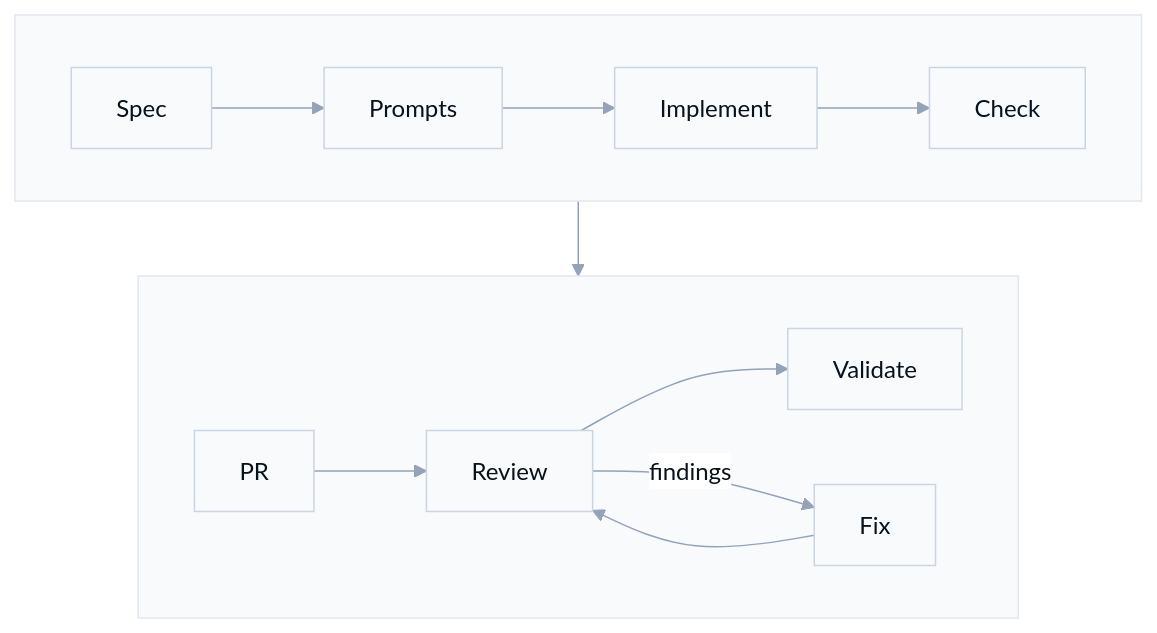
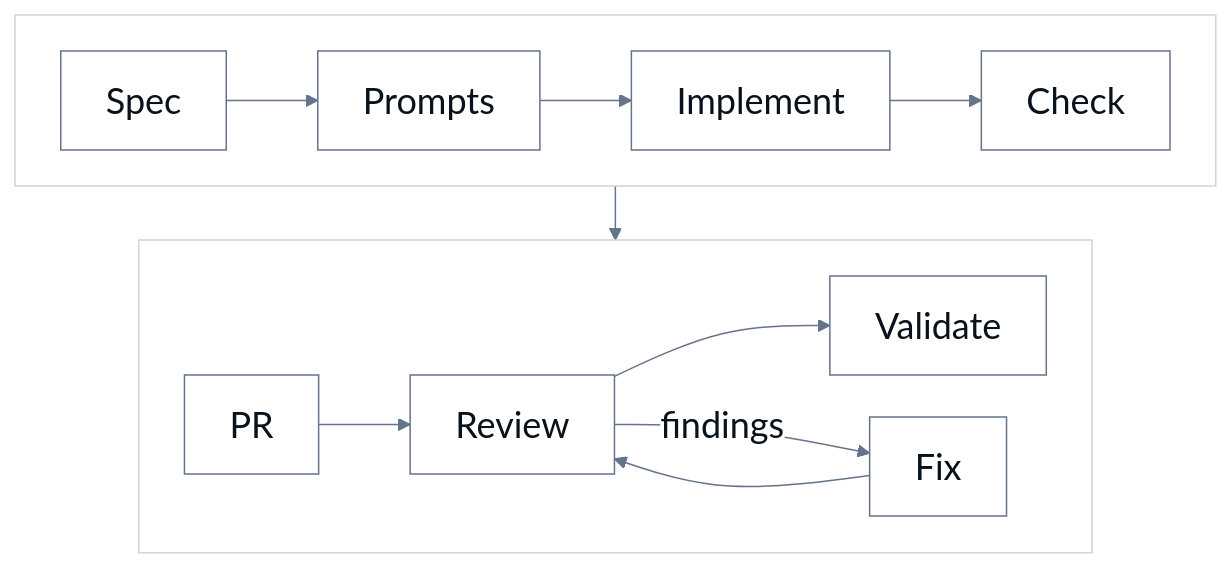
Before and after one commit to gmartins-dev/portfolio-v4: the diagram in scripts/diagrams/sdd-agentic-flow-teaser.mmd, drawn with Mermaid. The commit also changed 8 other files, not shown here.

First line of the commit message:
fix(work): make the diagram teasers legible on the dark page

```diff
--- a/scripts/diagrams/sdd-agentic-flow-teaser.mmd
+++ b/scripts/diagrams/sdd-agentic-flow-teaser.mmd
@@ -1,23 +1,26 @@
-%%{init: {'theme': 'base', 'themeVariables': {
+%%{init: {'theme': 'base', 'flowchart': {'nodeSpacing': 28, 'rankSpacing': 36}, 'themeVariables': {
+  'fontSize': '24px',
   'primaryColor': '#e8f5fa', 'primaryTextColor': '#08121c',
-  'primaryBorderColor': '#0b6e8f', 'lineColor': '#94a3b8',
+  'primaryBorderColor': '#0b6e8f', 'lineColor': '#64748b',
   'secondaryColor': '#ecfdf5', 'tertiaryColor': '#f1f5f9',
-  'background': '#ffffff', 'mainBkg': '#f8fafc',
-  'nodeBorder': '#cbd5e1', 'clusterBkg': '#f8fafc',
-  'clusterBorder': '#e2e8f0', 'titleColor': '#08121c',
-  'edgeLabelBackground': '#ffffff', 'textColor': '#3f566b'
+  'background': '#ffffff', 'mainBkg': '#ffffff',
+  'nodeBorder': '#64748b', 'clusterBkg': '#ffffff',
+  'clusterBorder': '#cbd5e1', 'titleColor': '#08121c',
+  'edgeLabelBackground': '#ffffff', 'textColor': '#08121c'
 }}}%%
+%% Teasers show at ~480 css px after inversion on the dark page: larger text,
+%% darker node borders and unfilled groups keep them legible there.
 %% Teaser for the home and /cases: the canonical path from the full diagram
 %% (sdd-agentic-flow.mmd), one node per stage in two rows, so it stays
 %% legible in a small 16:10 frame.
 flowchart TB
   subgraph build [" "]
     direction LR
     spec[Spec] --> prompts[Prompts] --> implement[Implement] --> check[Check]
   end
   subgraph ship [" "]
     direction LR
     pr[PR] --> review[Review] --> validate[Validate]
     review -->|findings| fix[Fix] --> review
   end
   build --> ship
```
